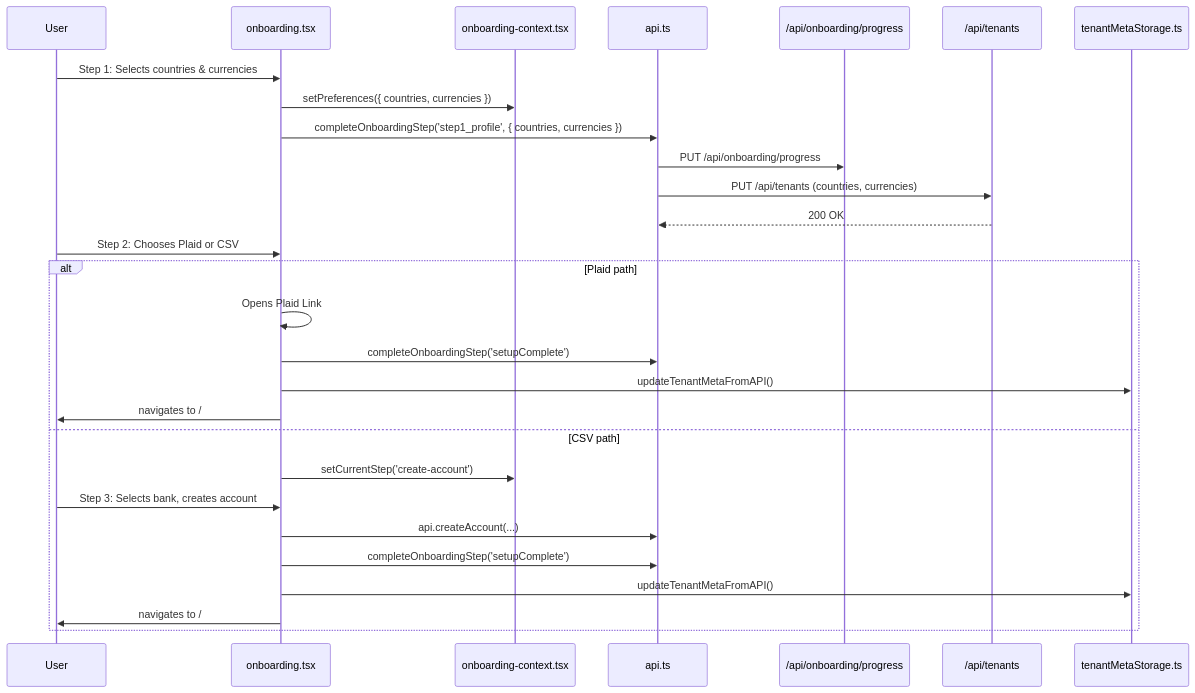
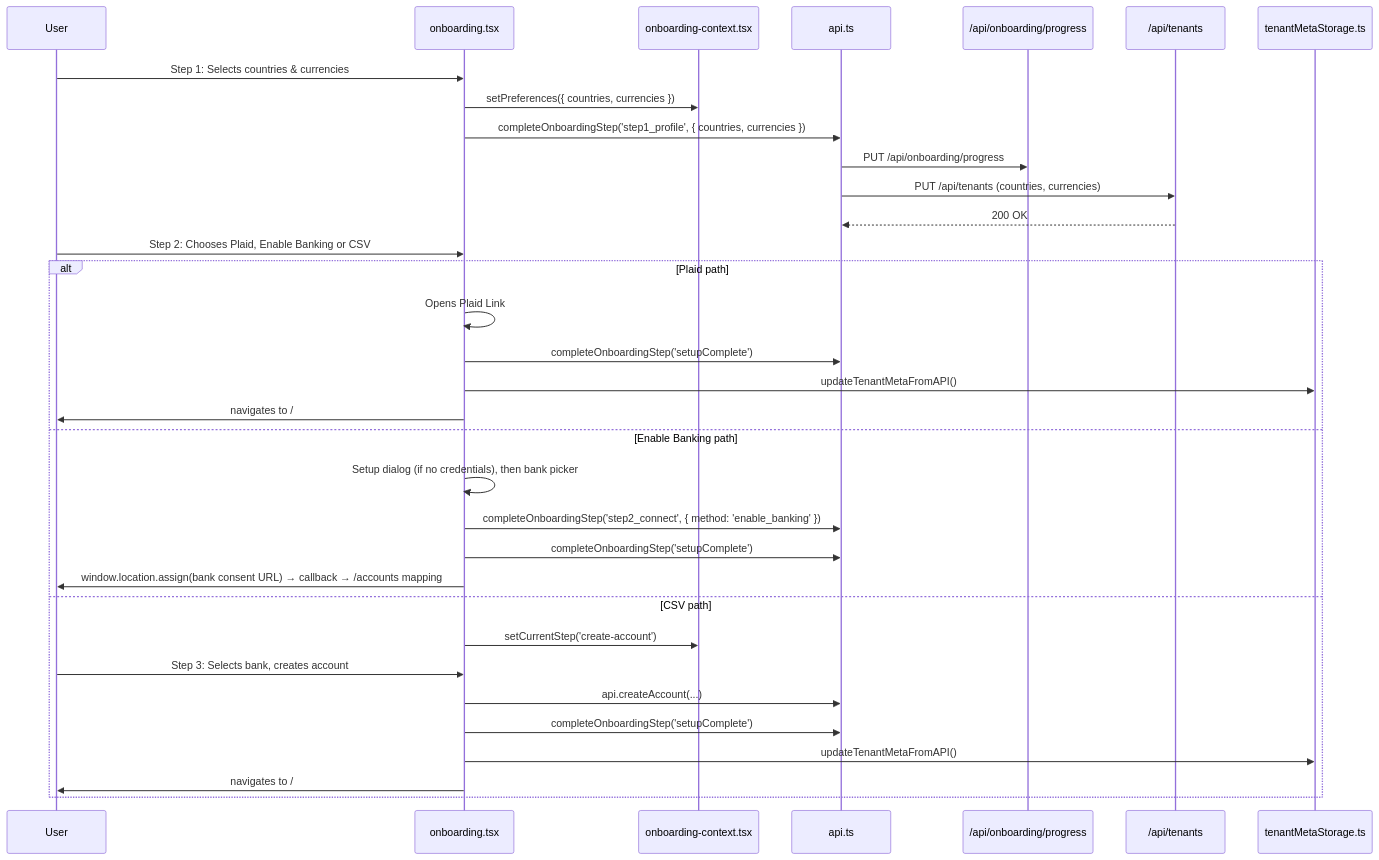
One commit to danielvsantos/bliss changed the second of 2 diagrams in docs/specs/frontend/01-user-identity.md. Above: the diagram before and after it, drawn with Mermaid. The commit also changed other lines of this file and 40 other files, not shown here.

First line of the commit message:
feat: provider-aware onboarding with Plaid or Enable Banking (#154)

````diff
--- a/docs/specs/frontend/01-user-identity.md
+++ b/docs/specs/frontend/01-user-identity.md
@@ -399,32 +404,37 @@
 ```mermaid
 sequenceDiagram
     participant User
     participant OnboardingPage as onboarding.tsx
     participant OnboardingCtx as onboarding-context.tsx
     participant APIClient as api.ts
     participant ProgressAPI as /api/onboarding/progress
     participant TenantsAPI as /api/tenants
     participant TenantMeta as tenantMetaStorage.ts
 
     User->>OnboardingPage: Step 1: Selects countries & currencies
     OnboardingPage->>OnboardingCtx: setPreferences({ countries, currencies })
     OnboardingPage->>APIClient: completeOnboardingStep('step1_profile', { countries, currencies })
     APIClient->>ProgressAPI: PUT /api/onboarding/progress
     APIClient->>TenantsAPI: PUT /api/tenants (countries, currencies)
     TenantsAPI-->>APIClient: 200 OK
 
-    User->>OnboardingPage: Step 2: Chooses Plaid or CSV
+    User->>OnboardingPage: Step 2: Chooses Plaid, Enable Banking or CSV
     alt Plaid path
         OnboardingPage->>OnboardingPage: Opens Plaid Link
         OnboardingPage->>APIClient: completeOnboardingStep('setupComplete')
         OnboardingPage->>TenantMeta: updateTenantMetaFromAPI()
         OnboardingPage->>User: navigates to /
+    else Enable Banking path
+        OnboardingPage->>OnboardingPage: Setup dialog (if no credentials), then bank picker
+        OnboardingPage->>APIClient: completeOnboardingStep('step2_connect', { method: 'enable_banking' })
+        OnboardingPage->>APIClient: completeOnboardingStep('setupComplete')
+        OnboardingPage->>User: window.location.assign(bank consent URL) → callback → /accounts mapping
     else CSV path
         OnboardingPage->>OnboardingCtx: setCurrentStep('create-account')
         User->>OnboardingPage: Step 3: Selects bank, creates account
         OnboardingPage->>APIClient: api.createAccount(...)
         OnboardingPage->>APIClient: completeOnboardingStep('setupComplete')
         OnboardingPage->>TenantMeta: updateTenantMetaFromAPI()
         OnboardingPage->>User: navigates to /
     end
 ```
````
